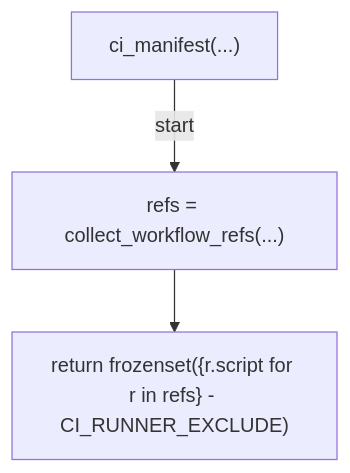
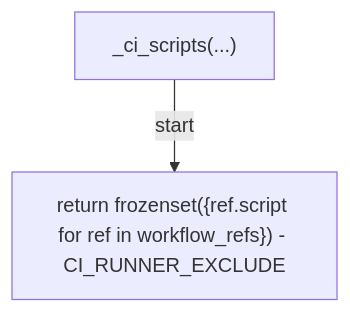
One commit to tvna/claude-md changed the tenth of 24 diagrams in docs/generated/scripts/ast/scan_ssot_drift.md. Above: the diagram before and after it, drawn with Mermaid. The commit also changed other lines of this file and 12 other files, not shown here.

First line of the commit message:
docs(generated): regenerate decision tree and workflow diagrams

````diff
--- a/docs/generated/scripts/ast/scan_ssot_drift.md
+++ b/docs/generated/scripts/ast/scan_ssot_drift.md
@@ -122,8 +122,6 @@
 ```mermaid
 flowchart TD
-    N001["ci_manifest(...)"]
-    N002["refs = collect_workflow_refs(...)"]
-    N003["return frozenset({r.script for r in refs} - CI_RUNNER_EXCLUDE)"]
+    N001["_ci_scripts(...)"]
+    N002["return frozenset({ref.script for ref in workflow_refs}) - CI_RUNNER_EXCLUDE"]
     N001 -->|"start"| N002
-    N002 --> N003
 ```
````
